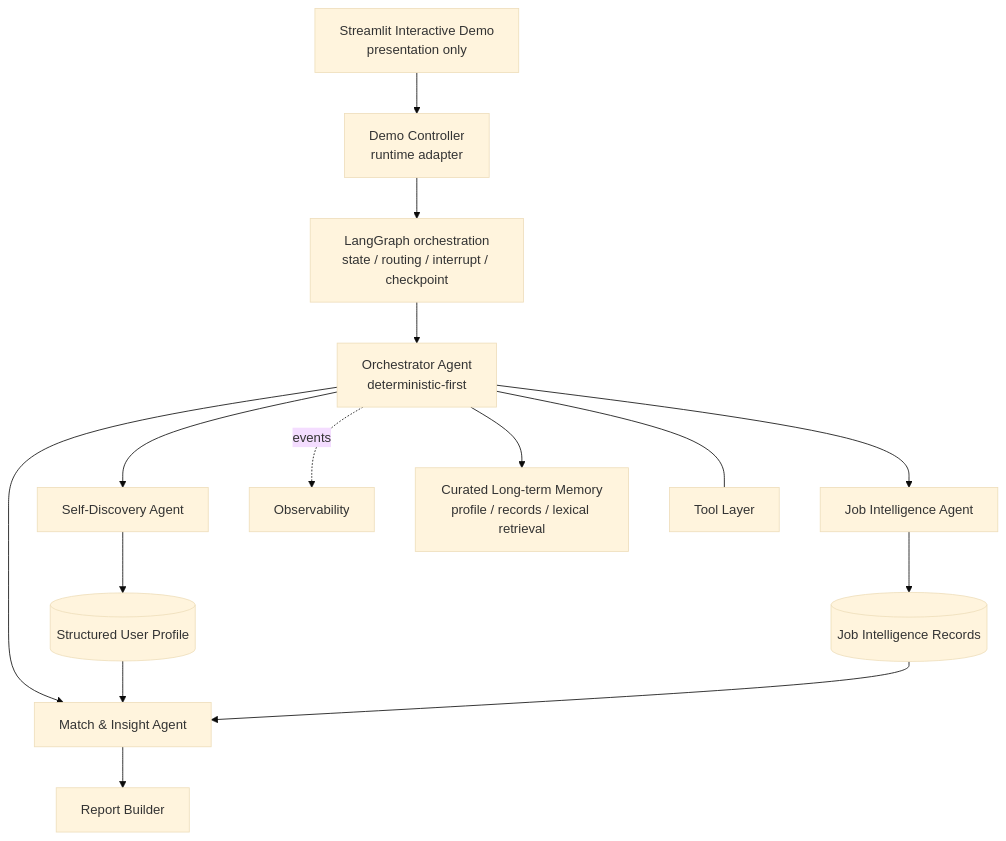
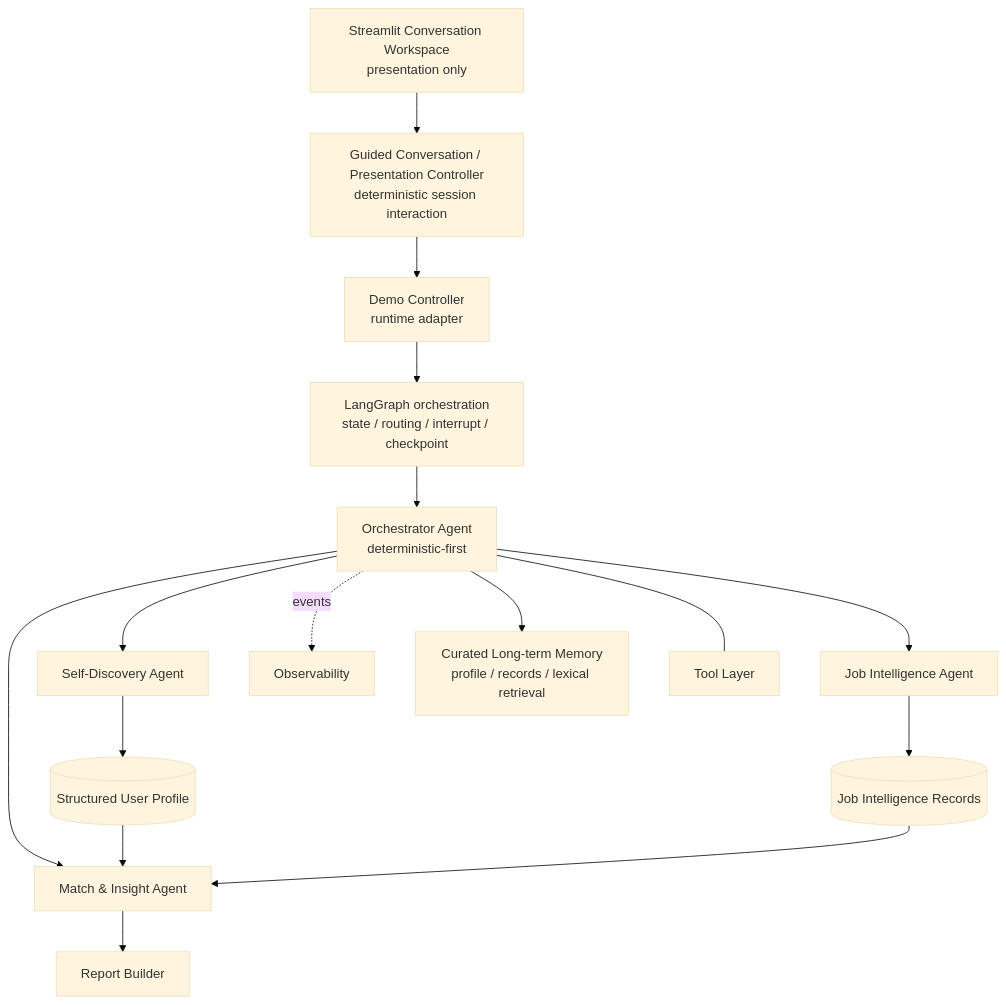
The diagram in README.md (wangzch337-max/orange-career-agent), drawn with Mermaid (base theme) before and after one commit. The commit also changed other lines of this file and 14 other files, not shown here.

Commit message:
feat: redesign demo around guided career discovery

````diff
--- a/README.md
+++ b/README.md
@@ -35,17 +35,18 @@
 ```mermaid
 flowchart TD
-    UI[Streamlit Interactive Demo<br/>presentation only] --> DC[Demo Controller<br/>runtime adapter]
+    UI[Streamlit Conversation Workspace<br/>presentation only] --> GC[Guided Conversation / Presentation Controller<br/>deterministic session interaction]
+    GC --> DC[Demo Controller<br/>runtime adapter]
     DC --> LG[LangGraph orchestration<br/>state / routing / interrupt / checkpoint]
     LG --> O[Orchestrator Agent<br/>deterministic-first]
     O --> S[Self-Discovery Agent]
     O --> J[Job Intelligence Agent]
     O --> M[Match & Insight Agent]
     S --> P[(Structured User Profile)]
     J --> R[(Job Intelligence Records)]
     P --> M
     R --> M
     M --> B[Report Builder]
     O -. events .-> OBS[Observability]
     O --> MEM[Curated Long-term Memory<br/>profile / records / lexical retrieval]
     O --- T[Tool Layer]
 ```
````
